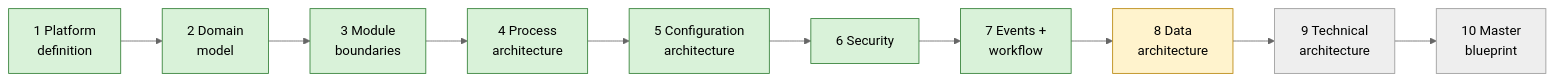
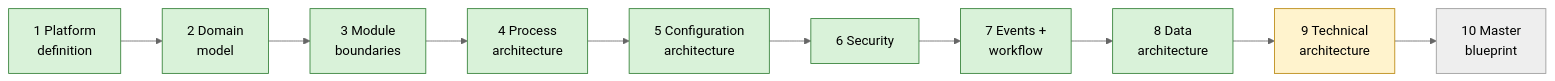
One commit to adityayadav30561-rgb/MASTER-ERP changed the diagram in docs/00-context/CURRENT-STATE.md. Above: the diagram before and after it, drawn with Mermaid (neutral theme). The commit also changed other lines of this file and 29 other files, not shown here.

First line of the commit message:
Accept Step 8; add Step 9 technical architecture

````diff
--- a/docs/00-context/CURRENT-STATE.md
+++ b/docs/00-context/CURRENT-STATE.md
@@ -11,8 +11,8 @@
 ```mermaid
 flowchart LR
     S1["1 Platform<br/>definition"]:::done --> S2["2 Domain<br/>model"]:::done --> S3["3 Module<br/>boundaries"]:::done --> S4["4 Process<br/>architecture"]:::done --> S5["5 Configuration<br/>architecture"]:::done
-    S5 --> S6["6 Security"]:::done --> S7["7 Events +<br/>workflow"]:::done --> S8["8 Data<br/>architecture"]:::review --> S9["9 Technical<br/>architecture"]:::todo --> S10["10 Master<br/>blueprint"]:::todo
+    S5 --> S6["6 Security"]:::done --> S7["7 Events +<br/>workflow"]:::done --> S8["8 Data<br/>architecture"]:::done --> S9["9 Technical<br/>architecture"]:::review --> S10["10 Master<br/>blueprint"]:::todo
     classDef done fill:#d9f2d9,stroke:#2e7d32
     classDef review fill:#fff3cd,stroke:#b8860b
     classDef todo fill:#eeeeee,stroke:#999999
 ```
````
